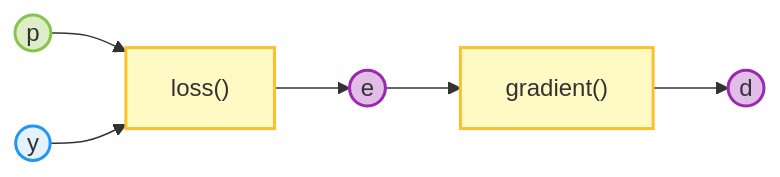
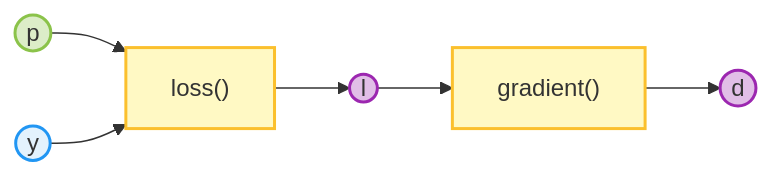
The diagram in mermaid-scripts/01-gradient.mmd (teenytinynn/from-neuron-to-chat), drawn with Mermaid before and after one commit. The commit also changed 7 other files, not shown here.

```diff
--- a/mermaid-scripts/01-gradient.mmd
+++ b/mermaid-scripts/01-gradient.mmd
@@ -1,10 +1,10 @@
 flowchart LR
     classDef in fill:#E3F2FD,stroke:#2196F3,stroke-width:2px;
     classDef model fill:#FFF9C4,stroke:#FBC02D,stroke-width:2px;
     classDef data fill:#E1BEE7,stroke:#9C27B0,stroke-width:2px;
     classDef test fill:#F8BBD0,stroke:#E91E63,stroke-width:2px;
     classDef out fill:#DCEDC8,stroke:#8BC34A,stroke-width:2px;
     classDef skip stroke:#B0BEC5,stroke-width:2px,stroke-dasharray: 5 5;
 
-    P((p)):::out --> L["loss()"]:::model --> e((e)):::data --> G["gradient()"]:::model --> d((d)):::data
+    P((p)):::out --> L["loss()"]:::model --> l((l)):::data --> G["gradient()"]:::model --> d((d)):::data
     Y((y)):::in --> L
```
